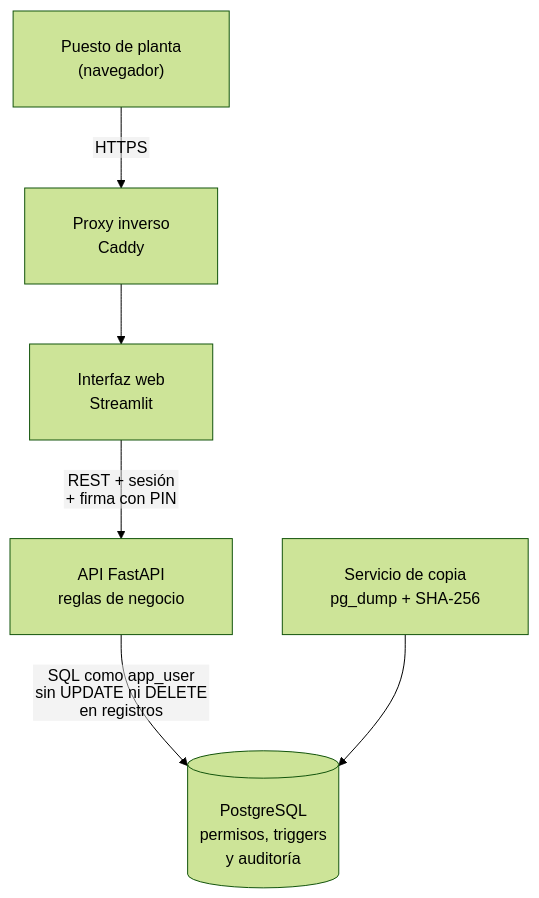
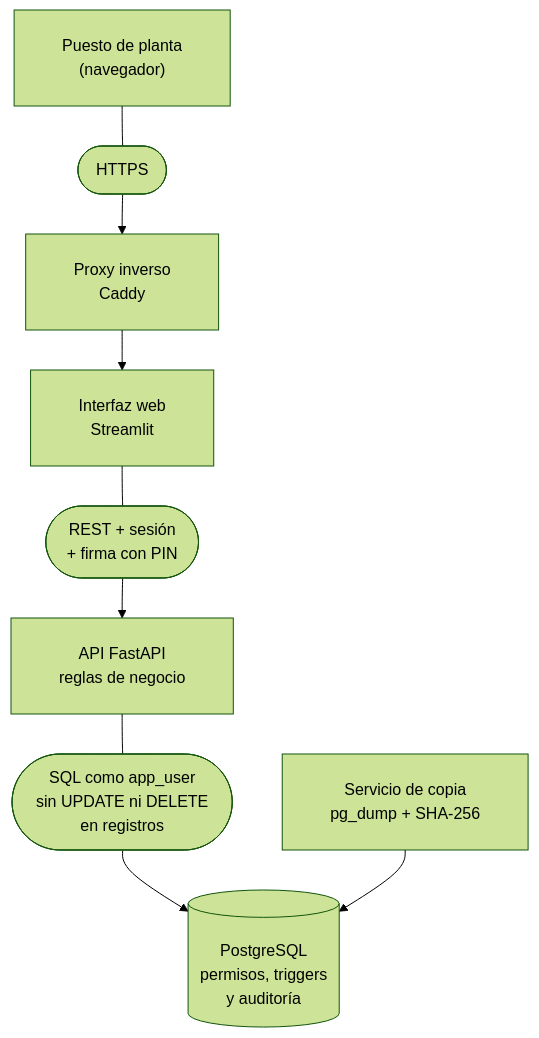
The diagram in README.md (Aless-Mereu/Escaparate-Libro-Diligenciado-Digital), drawn with Mermaid (forest theme) before and after one commit.

Commit message:
cambios estéticos menores

````diff
--- a/README.md
+++ b/README.md
@@ -63,9 +63,11 @@
 ```mermaid
-%%{init: {"flowchart": {"htmlLabels": false, "padding": 24, "nodeSpacing": 50, "rankSpacing": 60}}}%%
+%%{init: {"flowchart": {"htmlLabels": false, "padding": 24, "nodeSpacing": 50, "rankSpacing": 40}}}%%
 flowchart TD
-    A["Puesto de planta<br/>(navegador)"] -->|HTTPS| P["Proxy inverso<br/>Caddy"]
+    %% Los textos de las flechas van en cajas propias (forma redondeada):
+    %% las cajas tienen fondo opaco y la flecha no las atraviesa.
+    A["Puesto de planta<br/>(navegador)"] --- C1(["HTTPS"]) --> P["Proxy inverso<br/>Caddy"]
     P --> F["Interfaz web<br/>Streamlit"]
-    F -->|"REST + sesión<br/>+ firma con PIN"| B["API FastAPI<br/>reglas de negocio"]
-    B -->|"SQL como app_user<br/>sin UPDATE ni DELETE<br/>en registros"| D[("PostgreSQL<br/>permisos, triggers<br/>y auditoría")]
+    F --- C2(["REST + sesión<br/>+ firma con PIN"]) --> B["API FastAPI<br/>reglas de negocio"]
+    B --- C3(["SQL como app_user<br/>sin UPDATE ni DELETE<br/>en registros"]) --> D[("PostgreSQL<br/>permisos, triggers<br/>y auditoría")]
     K["Servicio de copia<br/>pg_dump + SHA-256"] --> D
 ```
````
